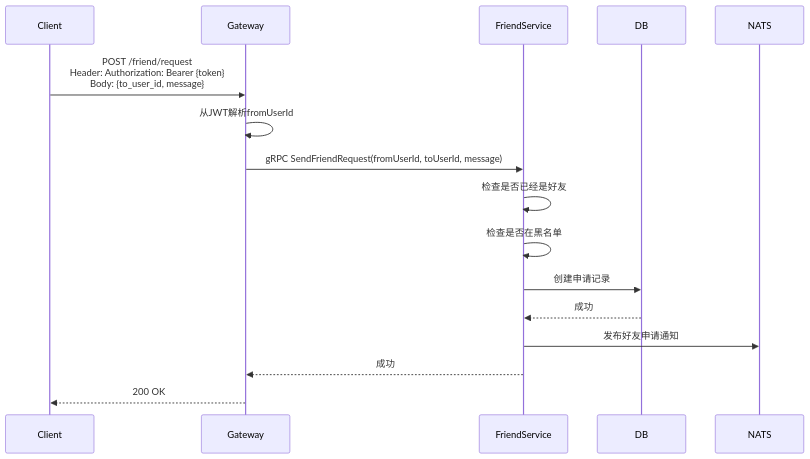
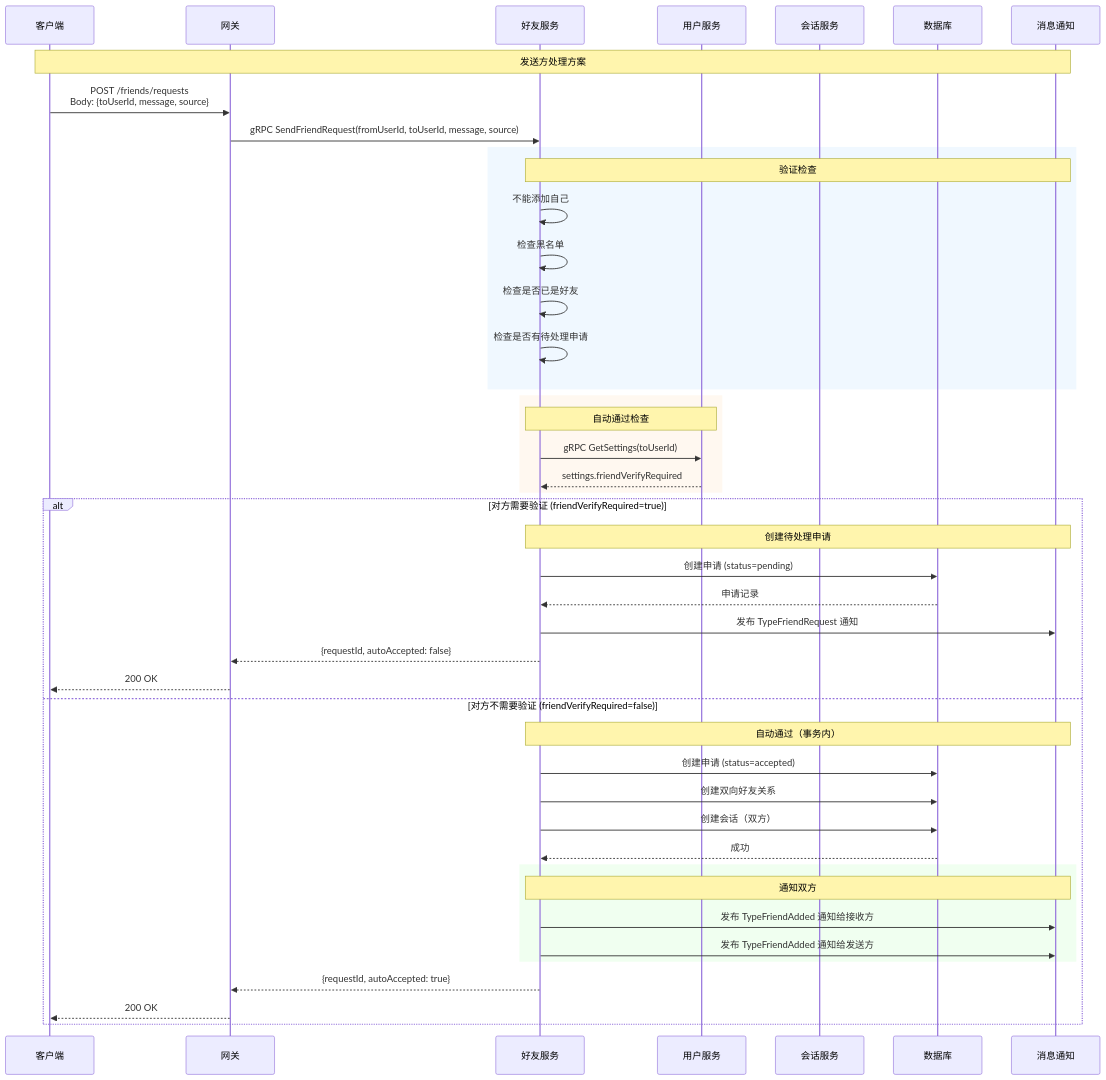
Before and after one commit to yzhgit/anychat-server: the first of 3 diagrams in docs/design/friend/request.md, drawn with Mermaid. The commit also changed other lines of this file and 4 other files, not shown here.

First line of the commit message:
feat(friend): support auto-accept friend request when verification disabled

````diff
--- a/docs/design/friend/request.md
+++ b/docs/design/friend/request.md
@@ -43,19 +83,53 @@
 ```mermaid
 sequenceDiagram
-    participant Client
-    participant Gateway
-    participant FriendService
-    participant DB
-    participant NATS
+    participant Client as 客户端
+    participant Gateway as 网关
+    participant FriendService as 好友服务
+    participant UserService as 用户服务
+    participant SessionService as 会话服务
+    participant DB as 数据库
+    participant NATS as 消息通知
 
-    Client->>Gateway: POST /friend/request<br/>Header: Authorization: Bearer {token}<br/>Body: {to_user_id, message}
-    Gateway->>Gateway: 从JWT解析fromUserId
-    Gateway->>FriendService: gRPC SendFriendRequest(fromUserId, toUserId, message)
-    FriendService->>FriendService: 检查是否已经是好友
-    FriendService->>FriendService: 检查是否在黑名单
-    FriendService->>DB: 创建申请记录
-    DB-->>FriendService: 成功
-    FriendService->>NATS: 发布好友申请通知
-    FriendService-->>Gateway: 成功
-    Gateway-->>Client: 200 OK
+    Note over Client,NATS: 发送方处理方案
+
+    Client->>Gateway: POST /friends/requests<br/>Body: {toUserId, message, source}
+    Gateway->>FriendService: gRPC SendFriendRequest(fromUserId, toUserId, message, source)
+
+    rect rgb(240, 248, 255)
+        Note over FriendService,NATS: 验证检查
+        FriendService->>FriendService: 不能添加自己
+        FriendService->>FriendService: 检查黑名单
+        FriendService->>FriendService: 检查是否已是好友
+        FriendService->>FriendService: 检查是否有待处理申请
+    end
+
+    rect rgb(255, 248, 240)
+        Note over FriendService,UserService: 自动通过检查
+        FriendService->>UserService: gRPC GetSettings(toUserId)
+        UserService-->>FriendService: settings.friendVerifyRequired
+    end
+
+    alt 对方需要验证 (friendVerifyRequired=true)
+        Note over FriendService,NATS: 创建待处理申请
+        FriendService->>DB: 创建申请 (status=pending)
+        DB-->>FriendService: 申请记录
+        FriendService->>NATS: 发布 TypeFriendRequest 通知
+        FriendService-->>Gateway: {requestId, autoAccepted: false}
+        Gateway-->>Client: 200 OK
+    else 对方不需要验证 (friendVerifyRequired=false)
+        Note over FriendService,NATS: 自动通过（事务内）
+        FriendService->>DB: 创建申请 (status=accepted)
+        FriendService->>DB: 创建双向好友关系
+        FriendService->>DB: 创建会话（双方）
+        DB-->>FriendService: 成功
+
+        rect rgb(240, 255, 240)
+            Note over FriendService,NATS: 通知双方
+            FriendService->>NATS: 发布 TypeFriendAdded 通知给接收方
+            FriendService->>NATS: 发布 TypeFriendAdded 通知给发送方
+        end
+
+        FriendService-->>Gateway: {requestId, autoAccepted: true}
+        Gateway-->>Client: 200 OK
+    end
 ```
````
